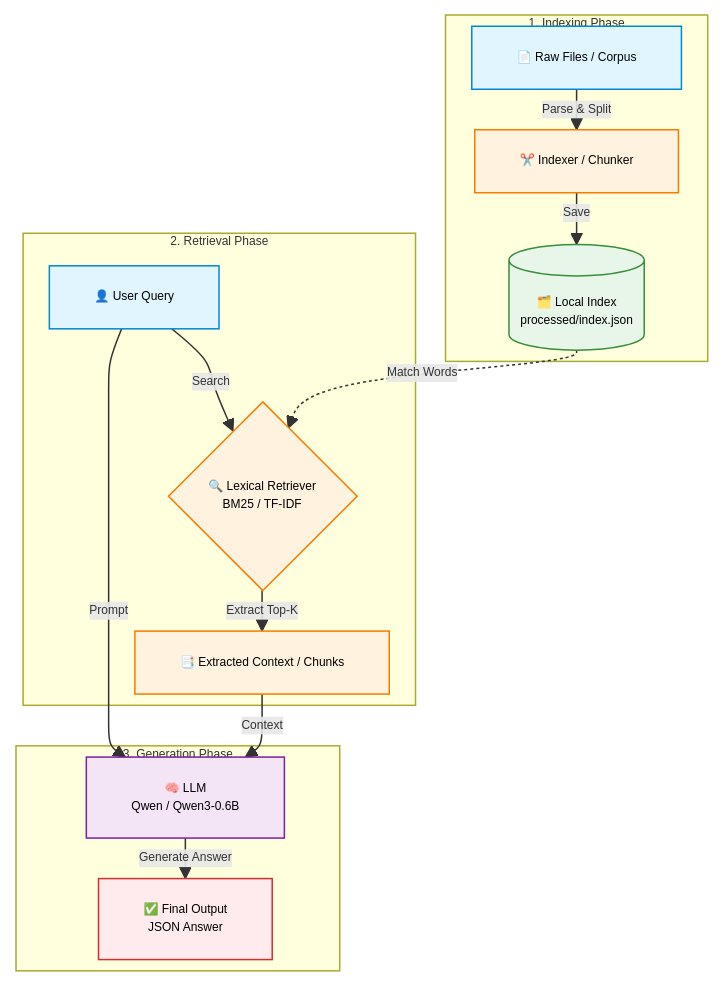
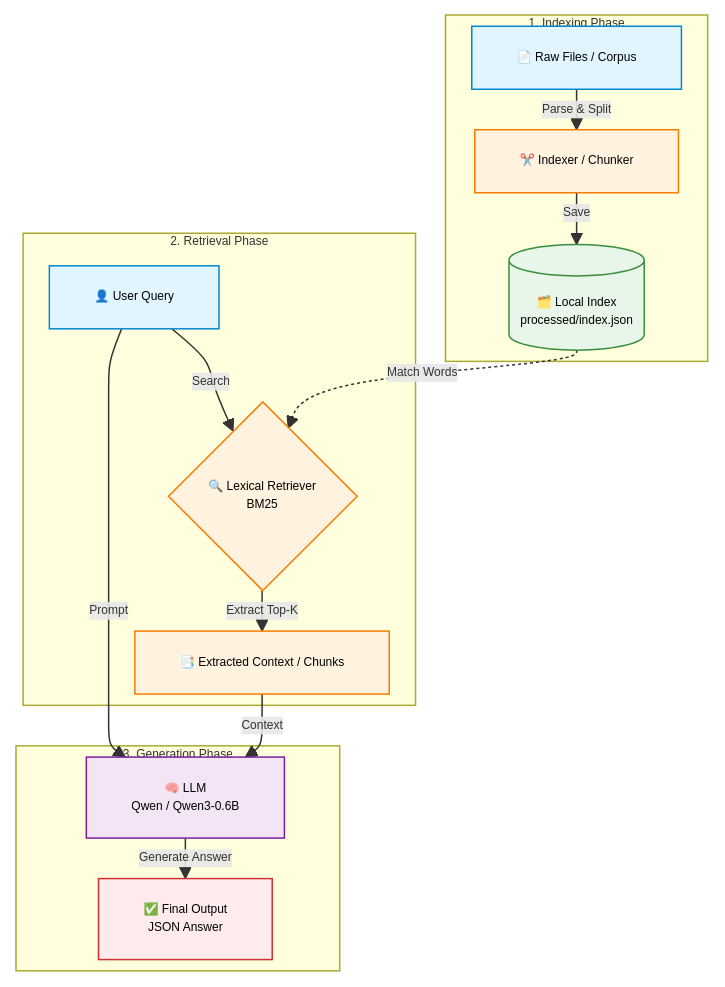
The diagram in README.md (Ahmadalameri-0/RAG_against_the_machine), drawn with Mermaid before and after one commit. The commit also changed other lines of this file and 10 other files, not shown here.

````diff
--- a/README.md
+++ b/README.md
@@ -5,33 +5,34 @@
 ```mermaid
 graph TD
-%%{init: {'flowchart': {'nodeSpacing': 15, 'rankSpacing': 15}, 'themeVariables': {'fontSize': '8px'}}}%%
+%%{init:
+{'flowchart': {'nodeSpacing': 15, 'rankSpacing': 15}, 'themeVariables': {'fontSize': '8px'}}}%%
     %% 1. (Indexing Phase)
     subgraph Indexing [1. Indexing Phase]
         A[📄 Raw Files / Corpus] -->|Parse & Split| B[✂️ Indexer / Chunker]
         B -->|Save| C[(🗂️ Local Index <br/> processed/index.json)]
     end
 
     %% 2.(Retrieval Phase)
     subgraph Retrieval [2. Retrieval Phase]
-        Q[👤 User Query] -->|Search| D{🔍 Lexical Retriever <br/> BM25 / TF-IDF}
+        Q[👤 User Query] -->|Search| D{🔍 Lexical Retriever <br/> BM25}
         C -.->|Match Words| D
         D -->|Extract Top-K| E[📑 Extracted Context / Chunks]
     end
 
     %% 3. (Generation Phase)
     subgraph Generation [3. Generation Phase]
         Q -->|Prompt| F[🧠 LLM <br/> Qwen / Qwen3-0.6B]
         E -->|Context| F
         F -->|Generate Answer| G[✅ Final Output <br/> JSON Answer]
     end
 
     %% Colors
     style A fill:#e1f5fe,stroke:#0288d1,color:#000
     style B fill:#fff3e0,stroke:#f57c00,color:#000
     style C fill:#e8f5e9,stroke:#388e3c,color:#000
     style Q fill:#e1f5fe,stroke:#0288d1,color:#000
     style D fill:#fff3e0,stroke:#f57c00,color:#000
     style E fill:#fff3e0,stroke:#f57c00,color:#000
     style F fill:#f3e5f5,stroke:#7b1fa2,color:#000
     style G fill:#ffebee,stroke:#d32f2f,color:#000
 ```
````
